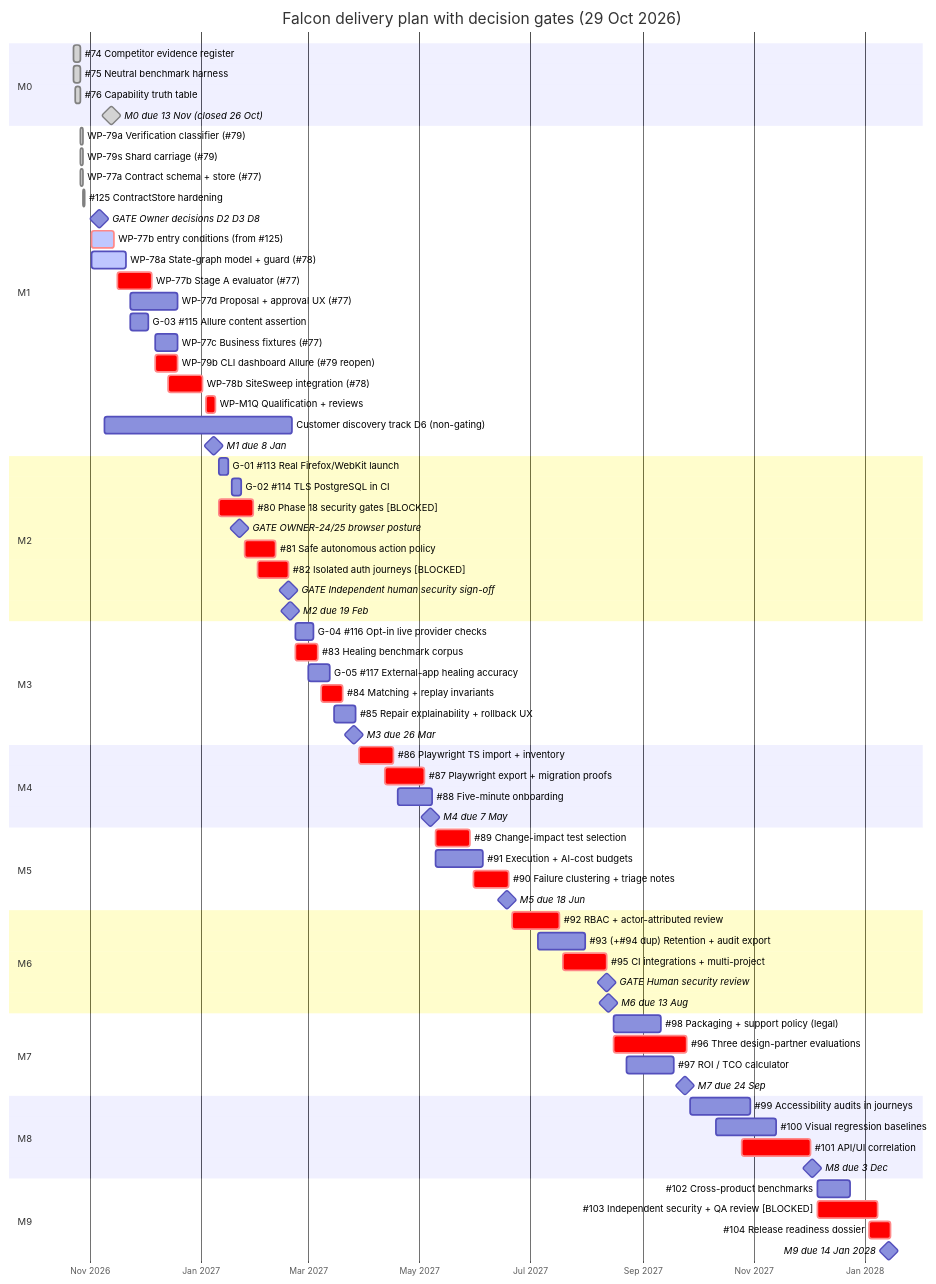
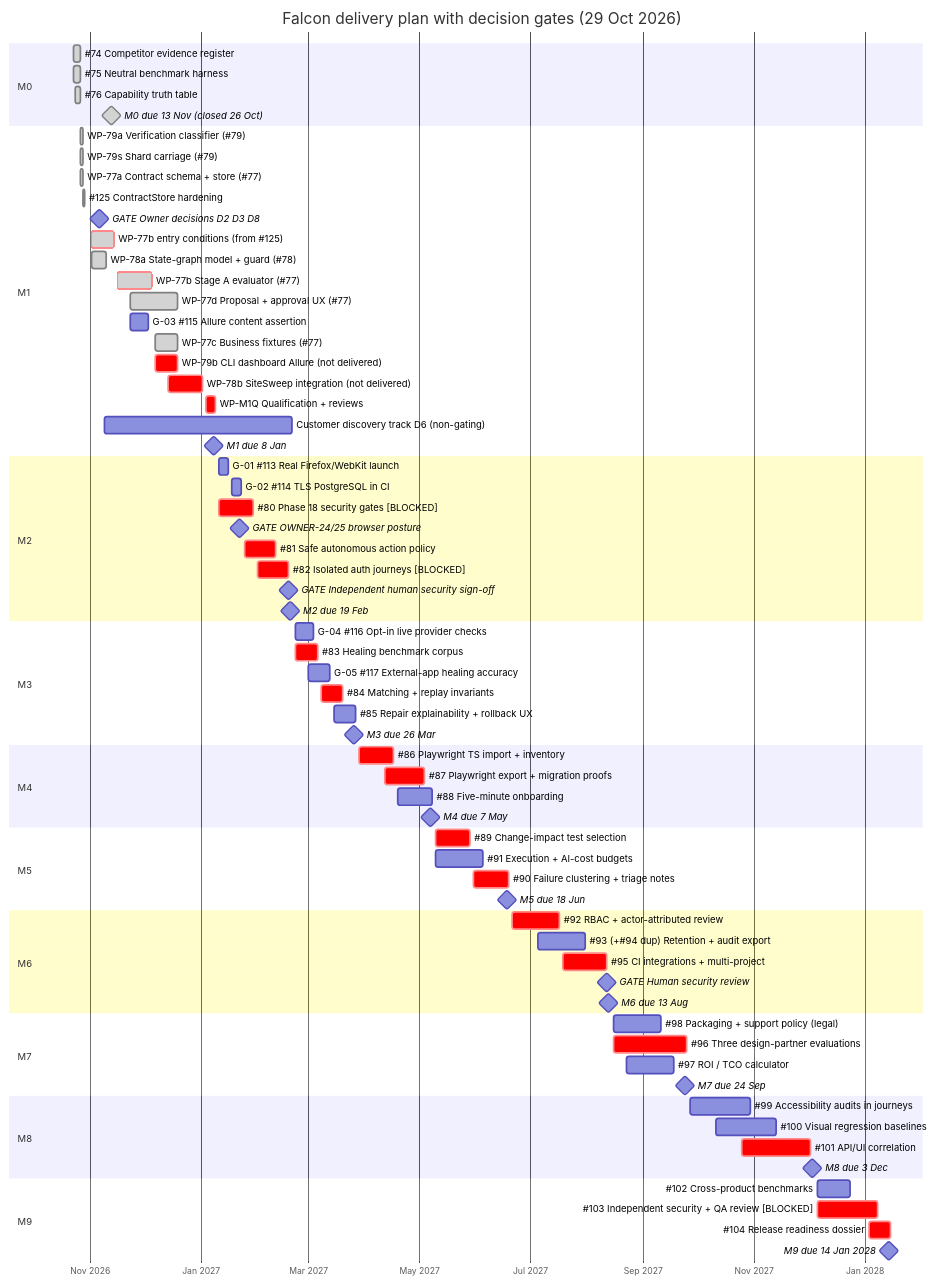
One commit to eddieir/Falcon-Automation changed the first of 11 diagrams in docs/roadmap/ROADMAP.md. Above: the diagram before and after it, drawn with Mermaid. The commit also changed other lines of this file and 3 other files, not shown here.

```diff
--- a/docs/roadmap/ROADMAP.md
+++ b/docs/roadmap/ROADMAP.md
@@ -47,14 +47,14 @@
     WP-77a Contract schema + store (#77)         :done,    w77a, 2026-10-27, 1d
     #125 ContractStore hardening                 :done,    h125, 2026-10-28, 1d
     GATE Owner decisions D2 D3 D8                :milestone, g1, 2026-11-06, 0d
-    WP-77b entry conditions (from #125)          :active, crit, e77b, 2026-11-02, 2026-11-14
-    WP-78a State-graph model + guard (#78)       :active,  w78a, 2026-11-02, 2026-11-21
-    WP-77b Stage A evaluator (#77)               :crit,    w77b, 2026-11-16, 2026-12-05
-    WP-77d Proposal + approval UX (#77)          :         w77d, 2026-11-23, 2026-12-19
+    WP-77b entry conditions (from #125)          :done, crit, e77b, 2026-11-02, 2026-11-14
+    WP-78a State-graph model + guard (#78)       :done,    w78a, 2026-11-02, 2026-11-10
+    WP-77b Stage A evaluator (#77)               :done, crit, w77b, 2026-11-16, 2026-12-05
+    WP-77d Proposal + approval UX (#77)          :done,    w77d, 2026-11-23, 2026-12-19
     G-03 #115 Allure content assertion           :         g03,  2026-11-23, 2026-12-03
-    WP-77c Business fixtures (#77)               :         w77c, 2026-12-07, 2026-12-19
-    WP-79b CLI dashboard Allure (#79 reopen)     :crit,    w79b, 2026-12-07, 2026-12-19
-    WP-78b SiteSweep integration (#78)           :crit,    w78b, 2026-12-14, 2027-01-02
+    WP-77c Business fixtures (#77)               :done,    w77c, 2026-12-07, 2026-12-19
+    WP-79b CLI dashboard Allure (not delivered)  :crit,    w79b, 2026-12-07, 2026-12-19
+    WP-78b SiteSweep integration (not delivered) :crit,    w78b, 2026-12-14, 2027-01-02
     WP-M1Q Qualification + reviews               :crit,    m1q,  2027-01-04, 2027-01-09
     Customer discovery track D6 (non-gating)     :         d6,   2026-11-09, 2027-02-20
     M1 due 8 Jan                                 :milestone, m1d, 2027-01-08, 0d
```
